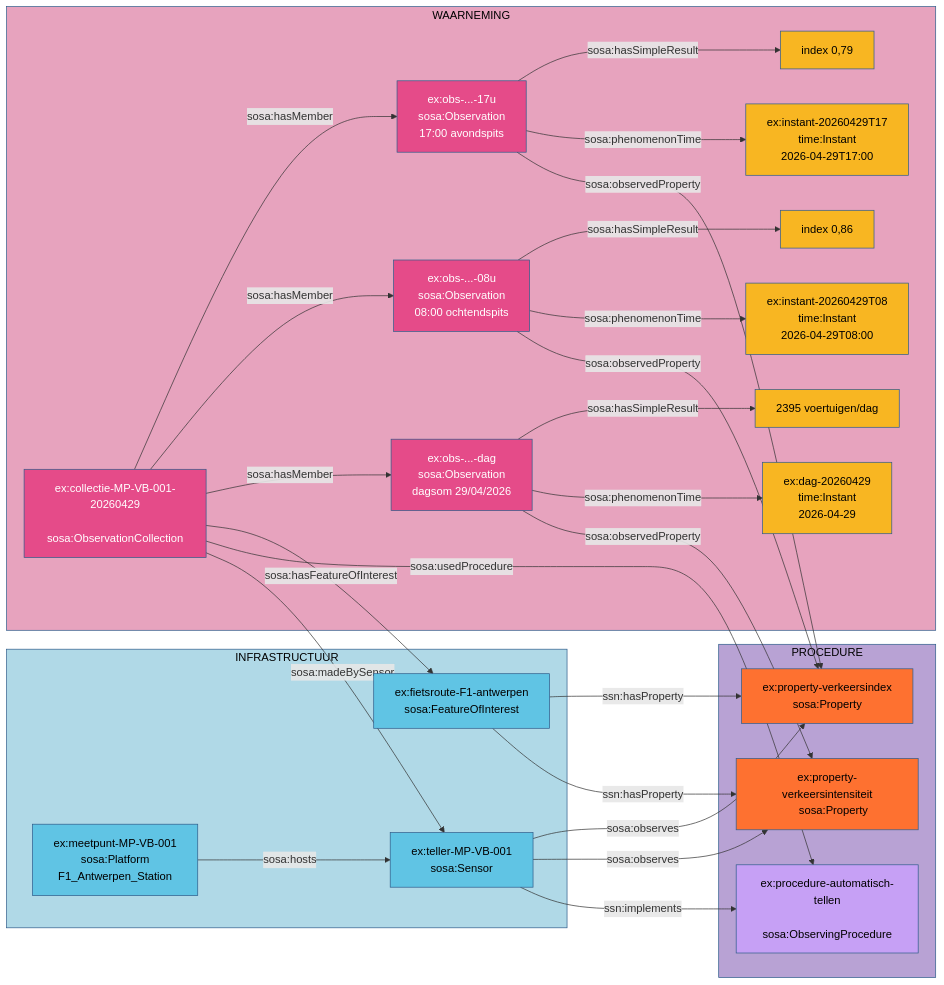
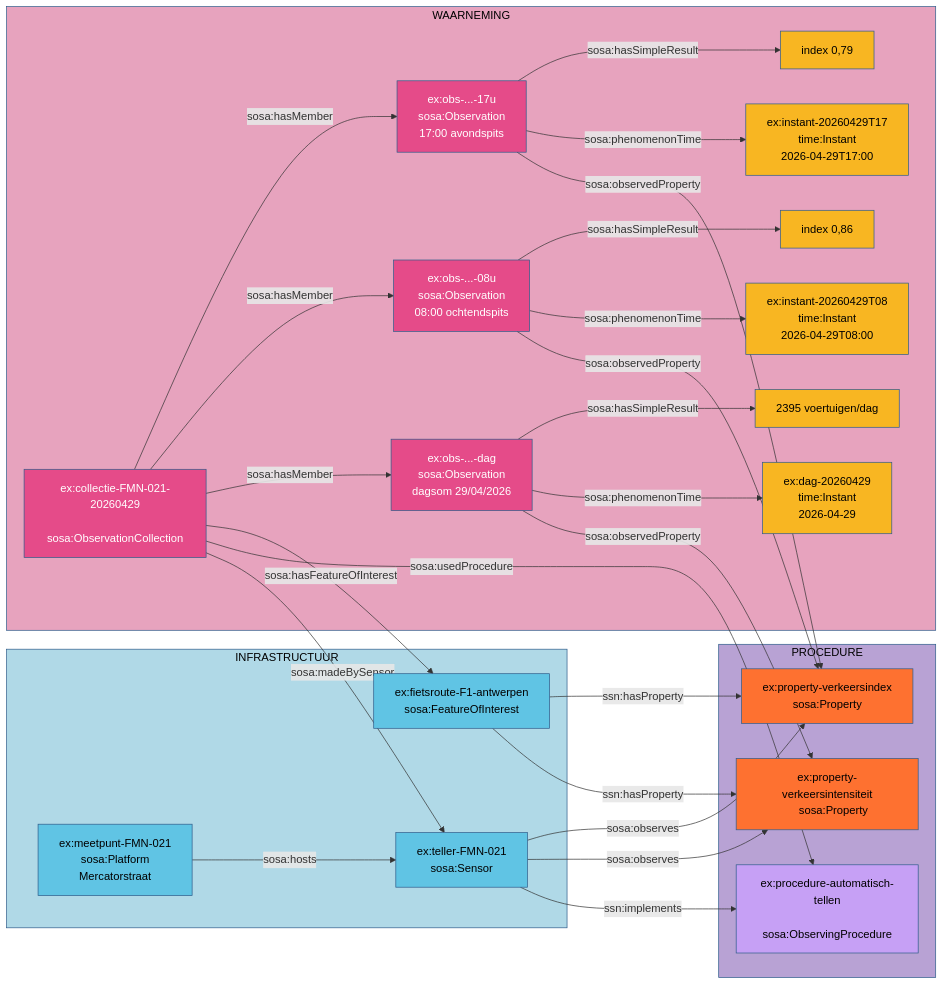
One commit to Informatievlaanderen/OSLOthema-SSNSOSA-VL changed the diagram in src/main/input/verkeersmetingen/verkeersmetingen.mmd. Above: the diagram before and after it, drawn with Mermaid. The commit also changed 5 other files, not shown here.

```diff
--- a/src/main/input/verkeersmetingen/verkeersmetingen.mmd
+++ b/src/main/input/verkeersmetingen/verkeersmetingen.mmd
@@ -1,102 +1,102 @@
 flowchart LR
 
 subgraph PROC["PROCEDURE"]
     P1["ex:procedure-automatisch-tellen
     sosa:ObservingProcedure"]
     PA["ex:property-verkeersintensiteit
     sosa:Property"]
     PB["ex:property-verkeersindex
     sosa:Property"]
 end
 
 subgraph INFRA["INFRASTRUCTUUR"]
-    I1["ex:meetpunt-MP-VB-001
+    I1["ex:meetpunt-FMN-021
     sosa:Platform
-    F1_Antwerpen_Station"]
-    I2["ex:teller-MP-VB-001
+    Mercatorstraat"]
+    I2["ex:teller-FMN-021
     sosa:Sensor"]
     I3["ex:fietsroute-F1-antwerpen
     sosa:FeatureOfInterest"]
 end
 
 subgraph WAAR["WAARNEMING"]
-    W1["ex:collectie-MP-VB-001-20260429
+    W1["ex:collectie-FMN-021-20260429
     sosa:ObservationCollection"]
     W2["ex:obs-...-dag
     sosa:Observation
     dagsom 29/04/2026"]
     W3["ex:obs-...-08u
     sosa:Observation
     08:00 ochtendspits"]
     W4["ex:obs-...-17u
     sosa:Observation
     17:00 avondspits"]
     T1["ex:dag-20260429
     time:Instant
     2026-04-29"]
     T2["ex:instant-20260429T08
     time:Instant
     2026-04-29T08:00"]
     T3["ex:instant-20260429T17
     time:Instant
     2026-04-29T17:00"]
     R1["2395 voertuigen/dag"]
     R2["index 0,86"]
     R3["index 0,79"]
 end
 
 %% stijlen subgrafen
 style PROC fill:#b8a2d4,stroke:#2E5C8A,color:#000
 style INFRA fill:#b0d9e7,stroke:#2E5C8A,color:#000
 style WAAR fill:#e7a3be,stroke:#2E5C8A,color:#000
 
 %% stijlen nodes PROCEDURE
 style P1 fill:#c6a0f5,stroke:#2E5C8A,color:#000
 style PA fill:#fe7130,stroke:#2E5C8A,color:#000
 style PB fill:#fe7130,stroke:#2E5C8A,color:#000
 
 %% stijlen nodes INFRASTRUCTUUR
 style I1 fill:#60c4e4,stroke:#2E5C8A,color:#000
 style I2 fill:#60c4e4,stroke:#2E5C8A,color:#000
 style I3 fill:#60c4e4,stroke:#2E5C8A,color:#000
 
 %% stijlen nodes WAARNEMING
 style W1 fill:#e54b89,stroke:#2E5C8A,color:#fff
 style W2 fill:#e54b89,stroke:#2E5C8A,color:#fff
 style W3 fill:#e54b89,stroke:#2E5C8A,color:#fff
 style W4 fill:#e54b89,stroke:#2E5C8A,color:#fff
 style T1 fill:#f8b622,stroke:#2E5C8A,color:#000
 style T2 fill:#f8b622,stroke:#2E5C8A,color:#000
 style T3 fill:#f8b622,stroke:#2E5C8A,color:#000
 style R1 fill:#f8b622,stroke:#2E5C8A,color:#000
 style R2 fill:#f8b622,stroke:#2E5C8A,color:#000
 style R3 fill:#f8b622,stroke:#2E5C8A,color:#000
 
 %% relaties — infrastructuur
 I1 -->|sosa:hosts| I2
 I2 -->|ssn:implements| P1
 I2 -->|sosa:observes| PA
 I2 -->|sosa:observes| PB
 I3 -->|ssn:hasProperty| PA
 I3 -->|ssn:hasProperty| PB
 
 %% relaties — collectie naar infrastructuur
 W1 -->|sosa:madeBySensor| I2
 W1 -->|sosa:usedProcedure| P1
 W1 -->|sosa:hasFeatureOfInterest| I3
 W1 -->|sosa:hasMember| W2
 W1 -->|sosa:hasMember| W3
 W1 -->|sosa:hasMember| W4
 
 %% relaties — observaties
 W2 -->|sosa:observedProperty| PA
 W2 -->|sosa:phenomenonTime| T1
 W2 -->|sosa:hasSimpleResult| R1
 
 W3 -->|sosa:observedProperty| PB
 W3 -->|sosa:phenomenonTime| T2
 W3 -->|sosa:hasSimpleResult| R2
 
 W4 -->|sosa:observedProperty| PB
 W4 -->|sosa:phenomenonTime| T3
 W4 -->|sosa:hasSimpleResult| R3
```
